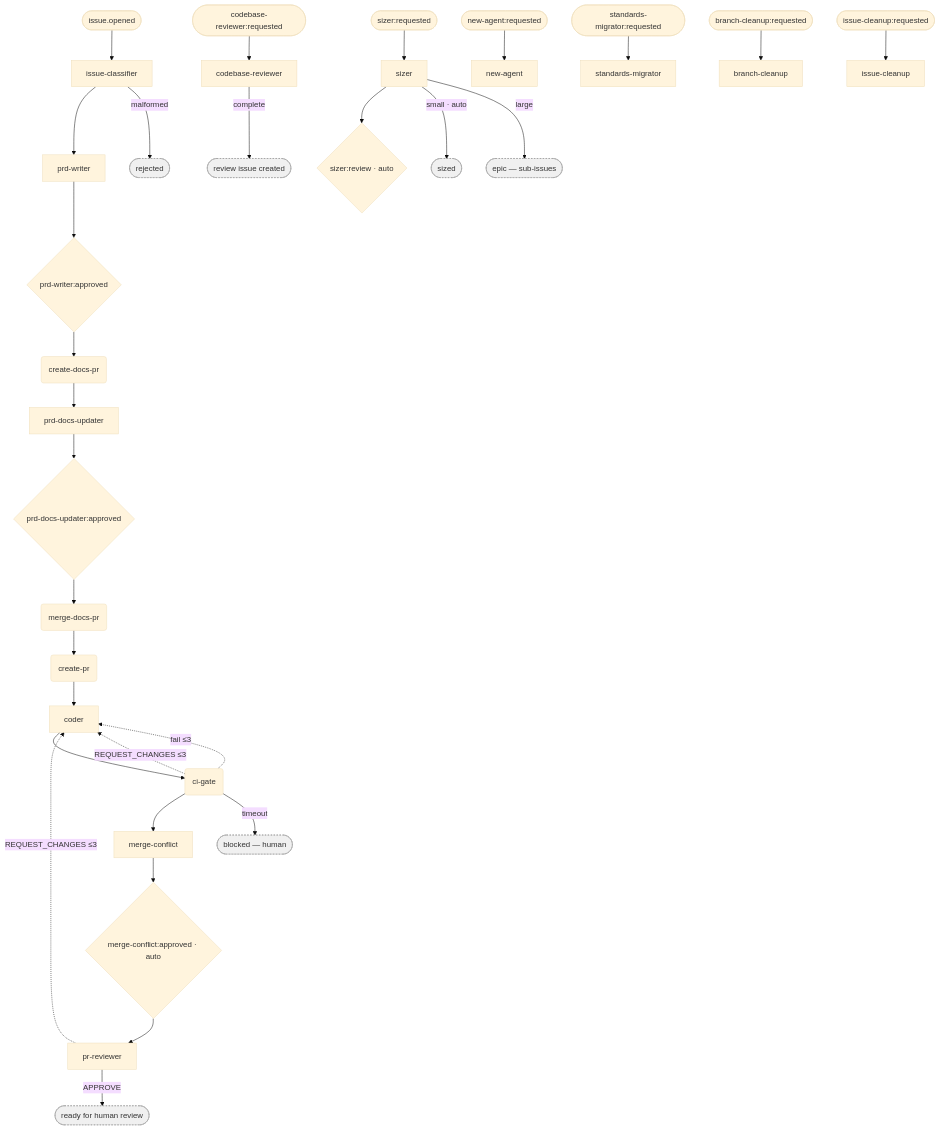
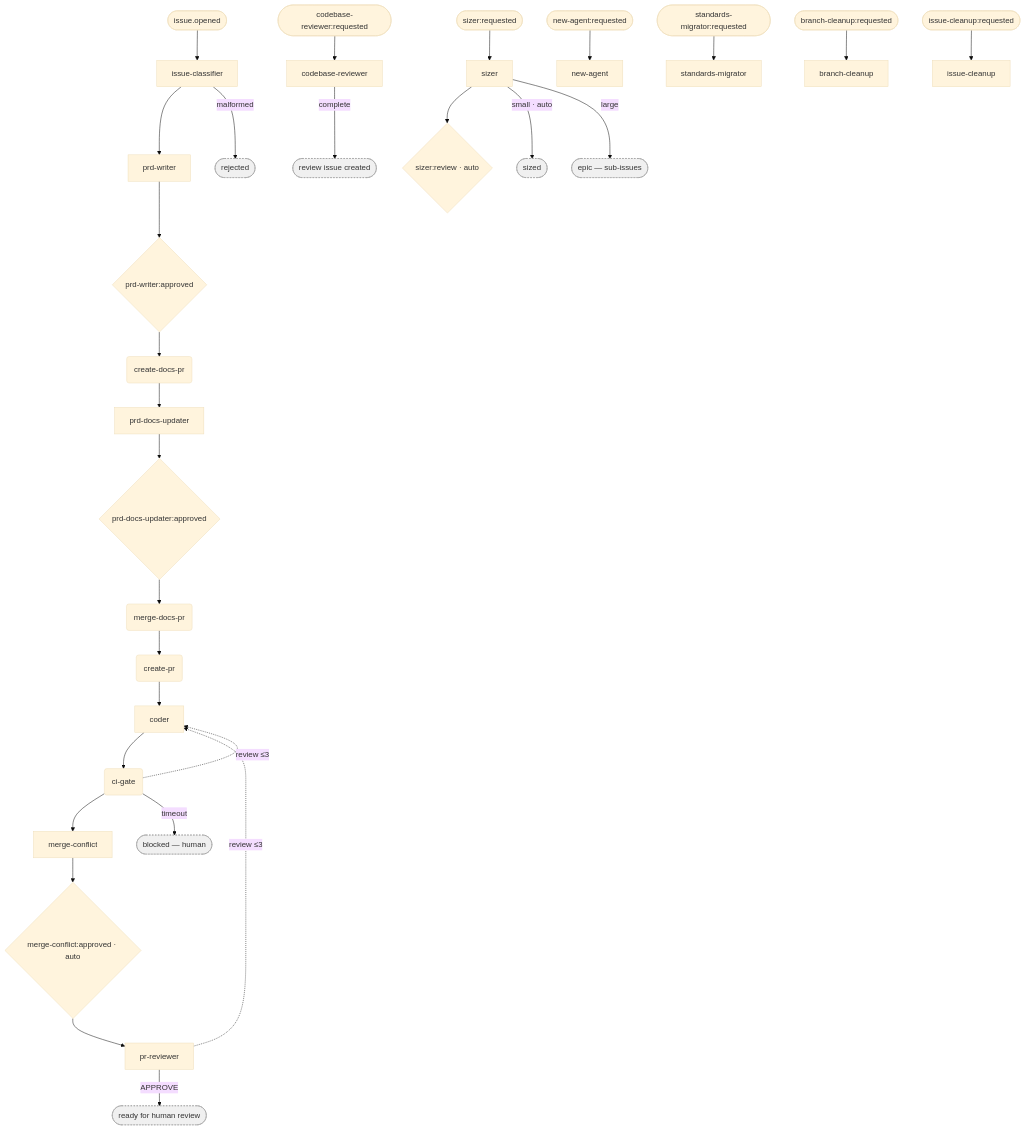
The diagram in docs/product/orchestrator/generated/pipeline.mmd (M-A-Operating-System/ai-coding-standards2), drawn with Mermaid (base theme) before and after one commit. The commit also changed 4 other files, not shown here.

First line of the commit message:
Fix diagram generator now that ci-gate's review_loop is real, not hand-curated

```diff
--- a/docs/product/orchestrator/generated/pipeline.mmd
+++ b/docs/product/orchestrator/generated/pipeline.mmd
@@ -1,64 +1,63 @@
 flowchart TD
     entry_n_01_product_docs__issue_classifier(["issue.opened"])
     entry_n_00_ondemand__codebase_reviewer(["codebase-reviewer:requested"])
     entry_n_00_ondemand__sizer(["sizer:requested"])
     entry_n_00_ondemand__new_agent(["new-agent:requested"])
     entry_n_00_ondemand__standards_migrator(["standards-migrator:requested"])
     entry_n_00_ondemand__branch_cleanup(["branch-cleanup:requested"])
     entry_n_00_ondemand__issue_cleanup(["issue-cleanup:requested"])
     n_01_product_docs__issue_classifier["issue-classifier"]
     n_01_product_docs__prd_writer["prd-writer"]
     n_01_product_docs__create_docs_pr("create-docs-pr")
     n_01_product_docs__create_pr("create-pr")
     n_01_product_docs__prd_docs_updater["prd-docs-updater"]
     n_01_product_docs__merge_docs_pr("merge-docs-pr")
     n_03_execute__coder["coder"]
     n_03_execute__ci_gate("ci-gate")
     n_03_execute__merge_conflict["merge-conflict"]
     n_03_execute__pr_reviewer["pr-reviewer"]
     n_00_ondemand__codebase_reviewer["codebase-reviewer"]
     n_00_ondemand__sizer["sizer"]
     n_00_ondemand__new_agent["new-agent"]
     n_00_ondemand__standards_migrator["standards-migrator"]
     n_00_ondemand__branch_cleanup["branch-cleanup"]
     n_00_ondemand__issue_cleanup["issue-cleanup"]
     gate__n_01_product_docs__prd_writer{"prd-writer:approved"}
     gate__n_01_product_docs__prd_docs_updater{"prd-docs-updater:approved"}
     gate__n_03_execute__merge_conflict{"merge-conflict:approved · auto"}
     gate__n_00_ondemand__sizer{"sizer:review · auto"}
     term_blocked(["blocked — human"]):::term
     term_cr_done(["review issue created"]):::term
     term_epic(["epic — sub-issues"]):::term
     term_ready(["ready for human review"]):::term
     term_rejected(["rejected"]):::term
     term_sized(["sized"]):::term
     entry_n_01_product_docs__issue_classifier --> n_01_product_docs__issue_classifier
     entry_n_00_ondemand__codebase_reviewer --> n_00_ondemand__codebase_reviewer
     entry_n_00_ondemand__sizer --> n_00_ondemand__sizer
     entry_n_00_ondemand__new_agent --> n_00_ondemand__new_agent
     entry_n_00_ondemand__standards_migrator --> n_00_ondemand__standards_migrator
     entry_n_00_ondemand__branch_cleanup --> n_00_ondemand__branch_cleanup
     entry_n_00_ondemand__issue_cleanup --> n_00_ondemand__issue_cleanup
     n_01_product_docs__issue_classifier --> n_01_product_docs__prd_writer
     gate__n_01_product_docs__prd_writer --> n_01_product_docs__create_docs_pr
     n_01_product_docs__merge_docs_pr --> n_01_product_docs__create_pr
     n_01_product_docs__create_docs_pr --> n_01_product_docs__prd_docs_updater
     gate__n_01_product_docs__prd_docs_updater --> n_01_product_docs__merge_docs_pr
     n_01_product_docs__create_pr --> n_03_execute__coder
     n_03_execute__coder --> n_03_execute__ci_gate
     n_03_execute__ci_gate --> n_03_execute__merge_conflict
     gate__n_03_execute__merge_conflict --> n_03_execute__pr_reviewer
     n_01_product_docs__prd_writer --> gate__n_01_product_docs__prd_writer
     n_01_product_docs__prd_docs_updater --> gate__n_01_product_docs__prd_docs_updater
     n_03_execute__merge_conflict --> gate__n_03_execute__merge_conflict
     n_00_ondemand__sizer --> gate__n_00_ondemand__sizer
-    n_03_execute__ci_gate -. REQUEST_CHANGES ≤3 .-> n_03_execute__coder
-    n_03_execute__pr_reviewer -. REQUEST_CHANGES ≤3 .-> n_03_execute__coder
-    n_03_execute__ci_gate -. fail ≤3 .-> n_03_execute__coder
+    n_03_execute__ci_gate -. review ≤3 .-> n_03_execute__coder
+    n_03_execute__pr_reviewer -. review ≤3 .-> n_03_execute__coder
     n_01_product_docs__issue_classifier -->|malformed| term_rejected
     n_03_execute__ci_gate -->|timeout| term_blocked
     n_03_execute__pr_reviewer -->|APPROVE| term_ready
     n_00_ondemand__sizer -->|small · auto| term_sized
     n_00_ondemand__sizer -->|large| term_epic
     n_00_ondemand__codebase_reviewer -->|complete| term_cr_done
     classDef term fill:#f0f0f0,stroke:#999,stroke-dasharray:3
```
